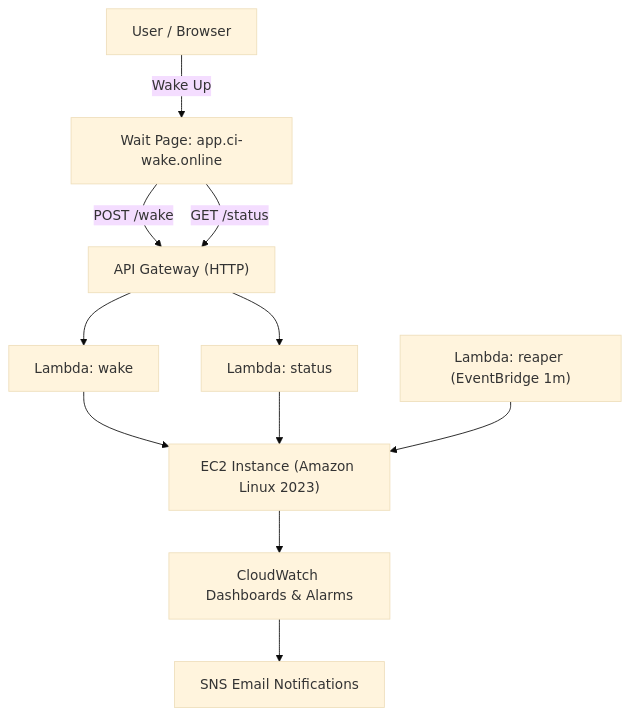
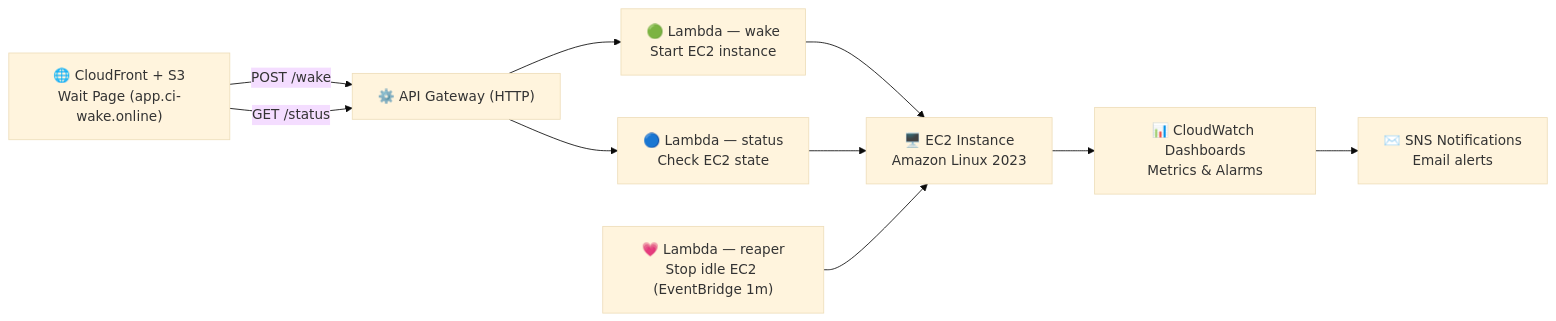
One commit to rusets/CI-CD-Pipeline-for-Application-Deployment changed the diagram in README.md. Above: the diagram before and after it, drawn with Mermaid (base theme).

Commit message:
docs: refined architecture diagram and updated README layout

````diff
--- a/README.md
+++ b/README.md
@@ -34,17 +34,15 @@
 ```mermaid
-flowchart TD
-  U["User / Browser"] -->|Wake Up| W["Wait Page: app.ci-wake.online"]
+flowchart LR
+  A["🌐 CloudFront + S3<br/>Wait Page (app.ci-wake.online)"] -->|POST /wake| B["⚙️ API Gateway (HTTP)"]
+  A -->|GET /status| B
 
-  W -->|POST /wake| API["API Gateway (HTTP)"]
-  W -->|GET /status| API
+  B --> C["🟢 Lambda — wake<br/>Start EC2 instance"]
+  B --> D["🔵 Lambda — status<br/>Check EC2 state"]
 
-  API --> Lwake["Lambda: wake"]
-  API --> Lstatus["Lambda: status"]
+  C --> E["🖥️ EC2 Instance<br/>Amazon Linux 2023"]
+  D --> E
 
-  Lwake --> EC2["EC2 Instance (Amazon Linux 2023)"]
-  Lstatus --> EC2
-
-  Reaper["Lambda: reaper (EventBridge 1m)"] --> EC2
-  EC2 --> Dash["CloudWatch Dashboards & Alarms"]
-  Dash --> SNS["SNS Email Notifications"]
+  F["💗 Lambda — reaper<br/>Stop idle EC2 (EventBridge 1m)"] --> E
+  E --> G["📊 CloudWatch Dashboards<br/>Metrics & Alarms"]
+  G --> H["✉️ SNS Notifications<br/>Email alerts"]
 ```
````
